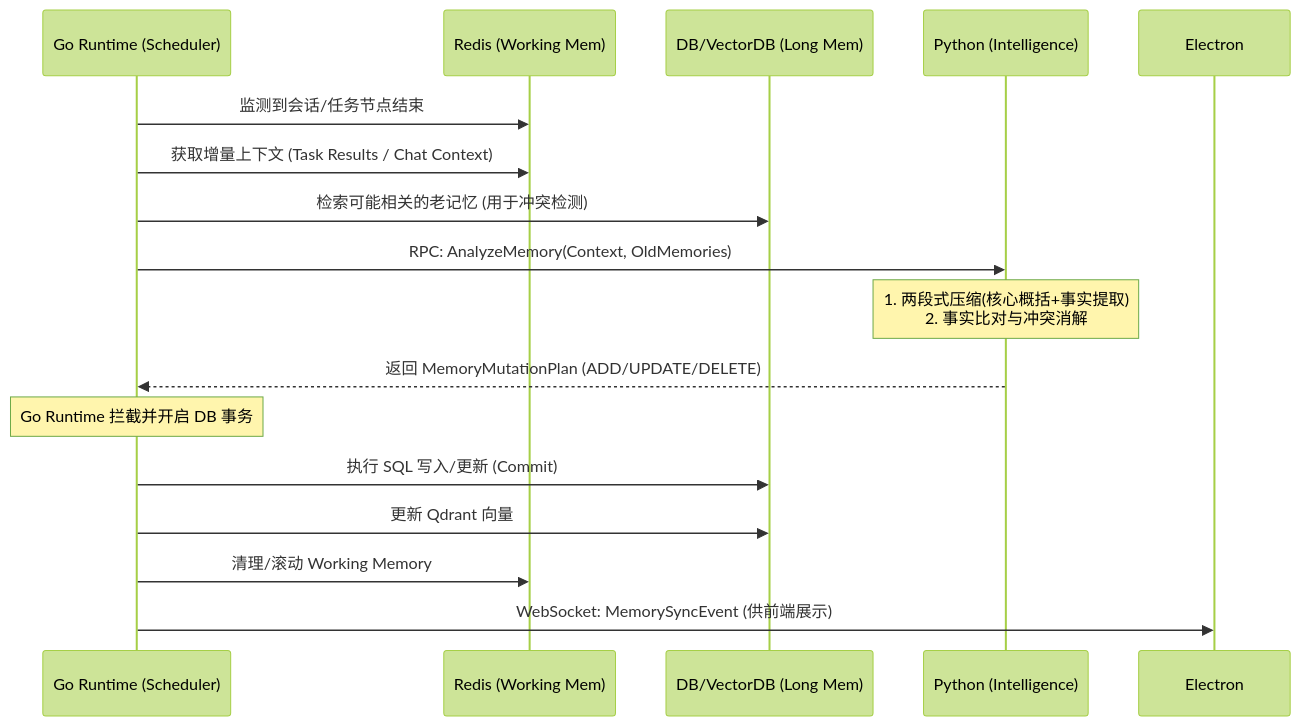
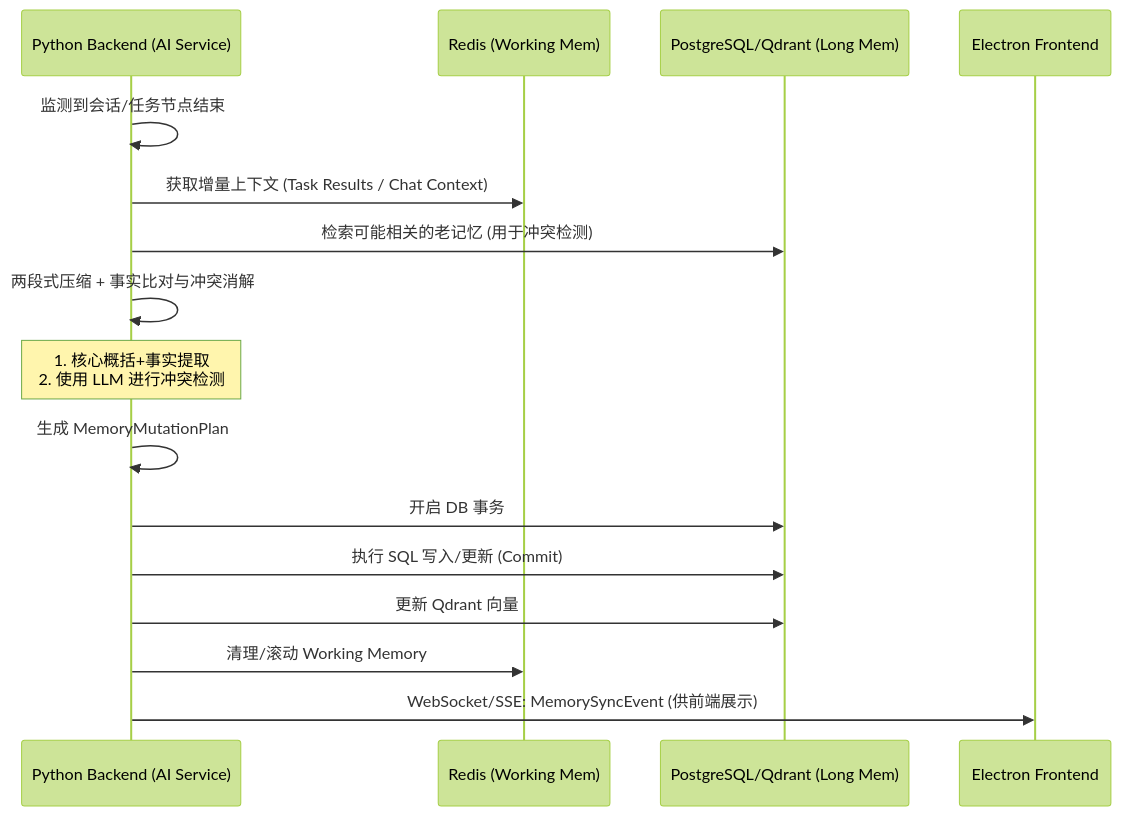
Before and after one commit to xie480/Luna-AI: the diagram in backend/docs/system/多层记忆系统设计.md, drawn with Mermaid (forest theme). The commit also changed other lines of this file and 14 other files, not shown here.

````diff
--- a/backend/docs/system/多层记忆系统设计.md
+++ b/backend/docs/system/多层记忆系统设计.md
@@ -120,19 +116,19 @@
 ```mermaid
 sequenceDiagram
-    participant Go as Go Runtime (Scheduler)
+    participant Py as Python Backend (AI Service)
     participant Redis as Redis (Working Mem)
-    participant DB as DB/VectorDB (Long Mem)
-    participant Py as Python (Intelligence)
+    participant DB as PostgreSQL/Qdrant (Long Mem)
+    participant Electron as Electron Frontend
 
-    Go->>Redis: 监测到会话/任务节点结束
-    Go->>Redis: 获取增量上下文 (Task Results / Chat Context)
-    Go->>DB: 检索可能相关的老记忆 (用于冲突检测)
-    Go->>Py: RPC: AnalyzeMemory(Context, OldMemories)
-    Note over Py: 1. 两段式压缩(核心概括+事实提取)<br/>2. 事实比对与冲突消解
-    Py-->>Go: 返回 MemoryMutationPlan (ADD/UPDATE/DELETE)
-    Note over Go: Go Runtime 拦截并开启 DB 事务
-    Go->>DB: 执行 SQL 写入/更新 (Commit)
-    Go->>DB: 更新 Qdrant 向量
-    Go->>Redis: 清理/滚动 Working Memory
-    Go->>Electron: WebSocket: MemorySyncEvent (供前端展示)
+    Py->>Py: 监测到会话/任务节点结束
+    Py->>Redis: 获取增量上下文 (Task Results / Chat Context)
+    Py->>DB: 检索可能相关的老记忆 (用于冲突检测)
+    Py->>Py: 两段式压缩 + 事实比对与冲突消解
+    Note over Py: 1. 核心概括+事实提取<br/>2. 使用 LLM 进行冲突检测
+    Py->>Py: 生成 MemoryMutationPlan
+    Py->>DB: 开启 DB 事务
+    Py->>DB: 执行 SQL 写入/更新 (Commit)
+    Py->>DB: 更新 Qdrant 向量
+    Py->>Redis: 清理/滚动 Working Memory
+    Py->>Electron: WebSocket/SSE: MemorySyncEvent (供前端展示)
 ```
````
